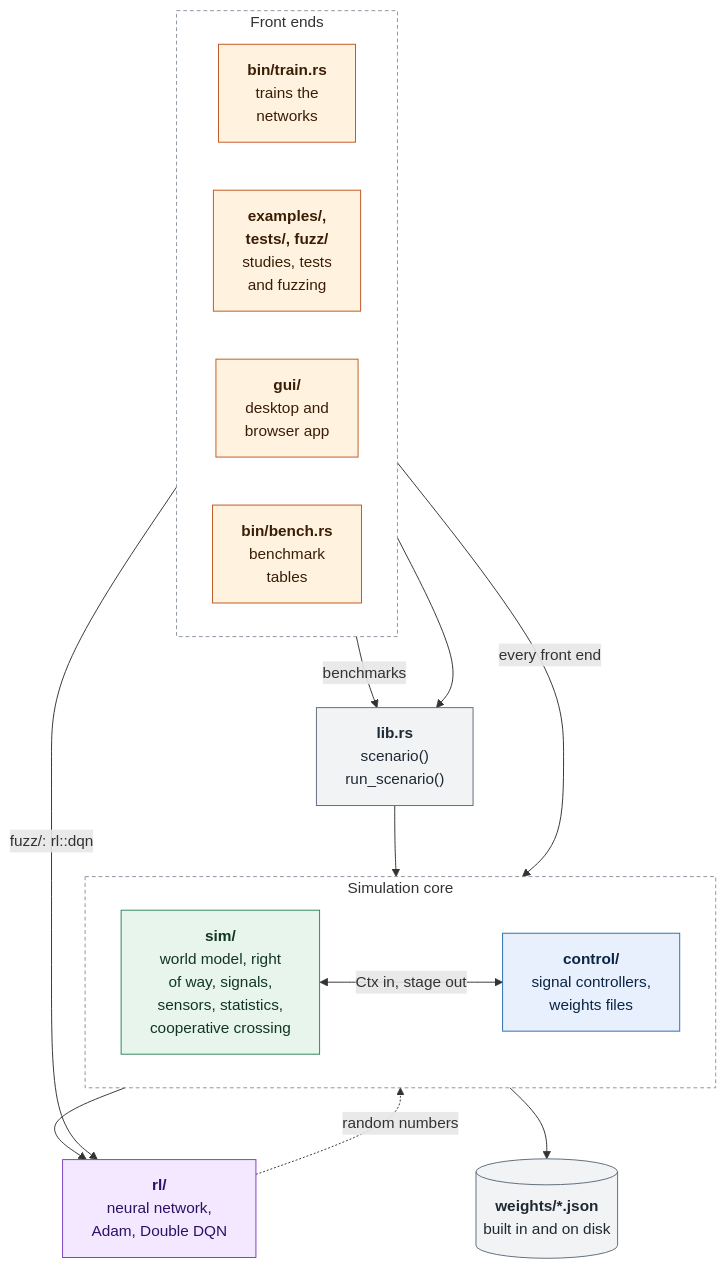
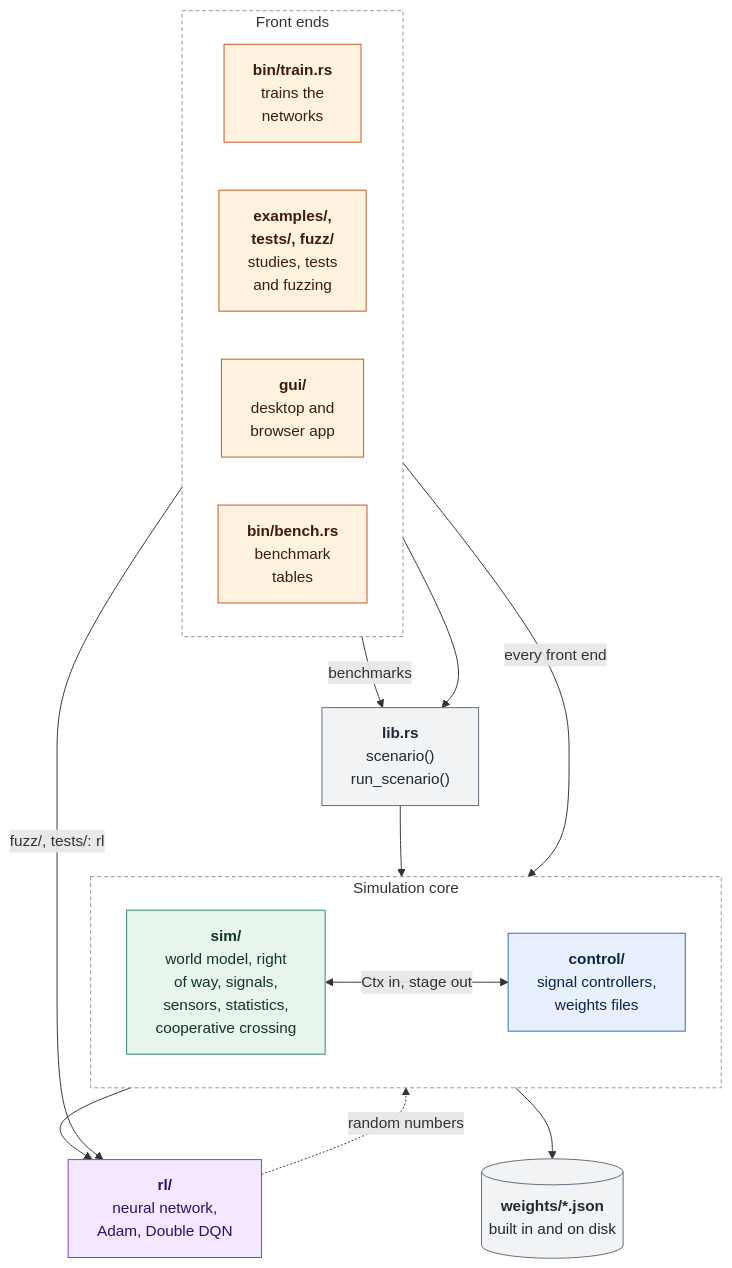
The first of 21 diagrams in docs/architecture.md (schreck61/intersection-lab), drawn with Mermaid before and after one commit. The commit also changed other lines of this file and 13 other files, not shown here.

````diff
--- a/docs/architecture.md
+++ b/docs/architecture.md
@@ -87,39 +87,39 @@
 ```mermaid
 flowchart TB
     subgraph FE["Front ends"]
         direction LR
         TRAIN["<b>bin/train.rs</b><br/>trains the<br/>networks"]
         STUDY["<b>examples/,<br/>tests/, fuzz/</b><br/>studies, tests<br/>and fuzzing"]
         GUI["<b>gui/</b><br/>desktop and<br/>browser app"]
         BENCH["<b>bin/bench.rs</b><br/>benchmark<br/>tables"]
     end
     LIB["<b>lib.rs</b><br/>scenario()<br/>run_scenario()"]
     subgraph CORE["Simulation core"]
         direction LR
         SIM["<b>sim/</b><br/>world model, right<br/>of way, signals,<br/>sensors, statistics,<br/>cooperative crossing"]
         CTRL["<b>control/</b><br/>signal controllers,<br/>weights files"]
     end
     RL["<b>rl/</b><br/>neural network,<br/>Adam, Double DQN"]
     W[("<b>weights/*.json</b><br/>built in and on disk")]
     GUI -->|"benchmarks"| LIB
     BENCH --> LIB
     FE -->|"every front end"| CORE
     LIB --> CORE
     SIM <-->|"Ctx in, stage out"| CTRL
     CTRL --> RL
     CTRL --> W
-    STUDY -->|"fuzz/: rl::dqn"| RL
+    STUDY -->|"fuzz/, tests/: rl"| RL
     RL -.->|"random numbers"| SIM
     classDef ui fill:#fff3e0,stroke:#c05621,color:#3b1d06
     classDef sim fill:#e7f5ec,stroke:#2f855a,color:#123524
     classDef ctrl fill:#e8f0fe,stroke:#2b6cb0,color:#0b2545
     classDef rl fill:#f3e8ff,stroke:#7e3fbf,color:#2e1065
     classDef data fill:#f1f3f5,stroke:#5f6b7a,color:#1f2933
     class GUI,BENCH,TRAIN,STUDY ui
     class SIM sim
     class CTRL ctrl
     class RL rl
     class LIB,W data
     style FE fill:transparent,stroke:#8b949e,stroke-dasharray:4 3
     style CORE fill:transparent,stroke:#8b949e,stroke-dasharray:4 3
 ```
````
